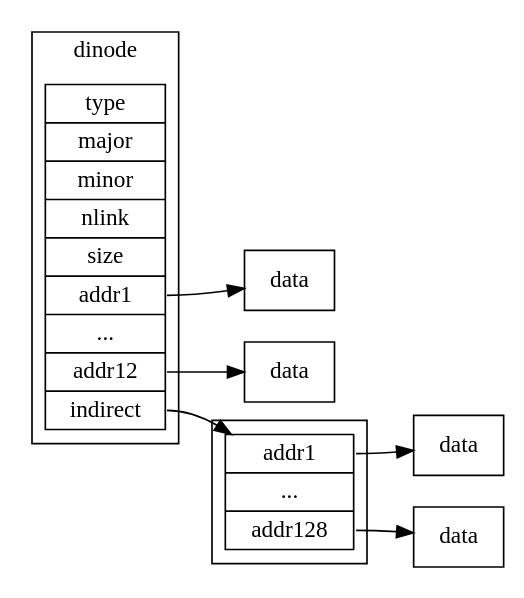
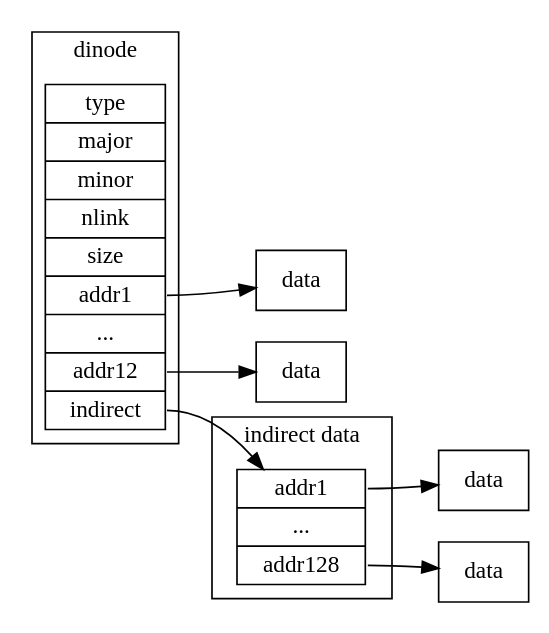
Before and after one commit to Jeanhwea/xv6-course: the diagram in 62-buffer-log.org, drawn with Graphviz. The commit also changed 1 other file, not shown here.

```diff
--- a/62-buffer-log.org
+++ b/62-buffer-log.org
@@ -11,54 +11,54 @@
 #+BEGIN_SRC dot :exports results :file ./img/dinode.png
   digraph {
     graph [
       rankdir = "LR"
     ];
     subgraph cluster_dinode {
       label = "dinode"
       dinode [
         label = "type|major|minor|nlink|size|<f1>addr1|...|<f2>addr12|<f3>indirect"
         shape = "record"
       ];
       // dinode:s -> dinode_text [style="invis"];
       // dinode_text [
       //   label = "dinode"
       //   shape = none
       // ];
     }
     dinode:f1 -> data01;
     data01 [
       label = "data"
       shape = "record"
     ];
     dinode:f2 -> data12;
     data12 [
       label = "data"
       shape = "record"
     ];
 
     subgraph cluster_indrnode {
-      lable = "indirect data"
+      label = "indirect data"
       indrnode [
         label = "<f1>addr1|...|<f2>addr128"
         shape = "record"
       ];
       dinode:f3 -> indrnode;
       // indrnode:s -> indrnode0 [style="invis"];
       // indrnode0 [
       //   label = "indirect data"
       //   shape = none
       // ];
     }
 
     indrnode:f1 -> idata01;
     idata01 [
       label = "data"
       shape = "record"
     ];
     indrnode:f2 -> idata128;
     idata128 [
       label = "data"
       shape = "record"
     ];
   }
 #+END_SRC
```
